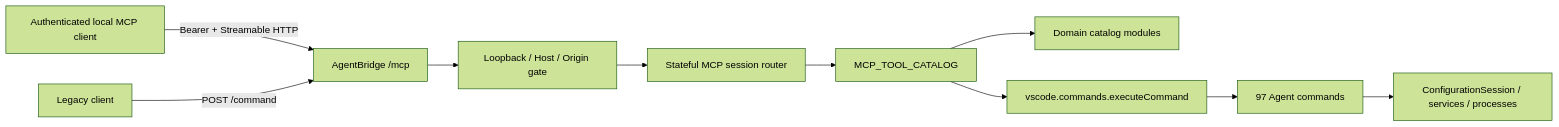
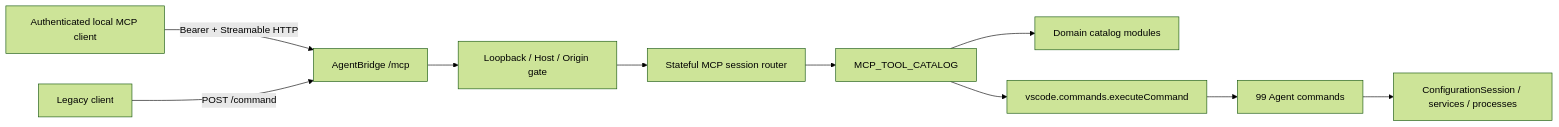
One commit to lekot/VScodePluginFor1CDev changed the diagram in docs/features/mcp-agent-adapter/design.md. Above: the diagram before and after it, drawn with Mermaid (forest theme). The commit also changed other lines of this file and 23 other files, not shown here.

````diff
--- a/docs/features/mcp-agent-adapter/design.md
+++ b/docs/features/mcp-agent-adapter/design.md
@@ -25,12 +25,12 @@
 ```mermaid
 flowchart LR
     C["Authenticated local MCP client"] -->|"Bearer + Streamable HTTP"| B["AgentBridge /mcp"]
     L["Legacy client"] -->|"POST /command"| B
     B --> G["Loopback / Host / Origin gate"]
     G --> R["Stateful MCP session router"]
     R --> K["MCP_TOOL_CATALOG"]
     K --> D["Domain catalog modules"]
     K --> V["vscode.commands.executeCommand"]
-    V --> A["97 Agent commands"]
+    V --> A["99 Agent commands"]
     A --> Q["ConfigurationSession / services / processes"]
 ```
````
